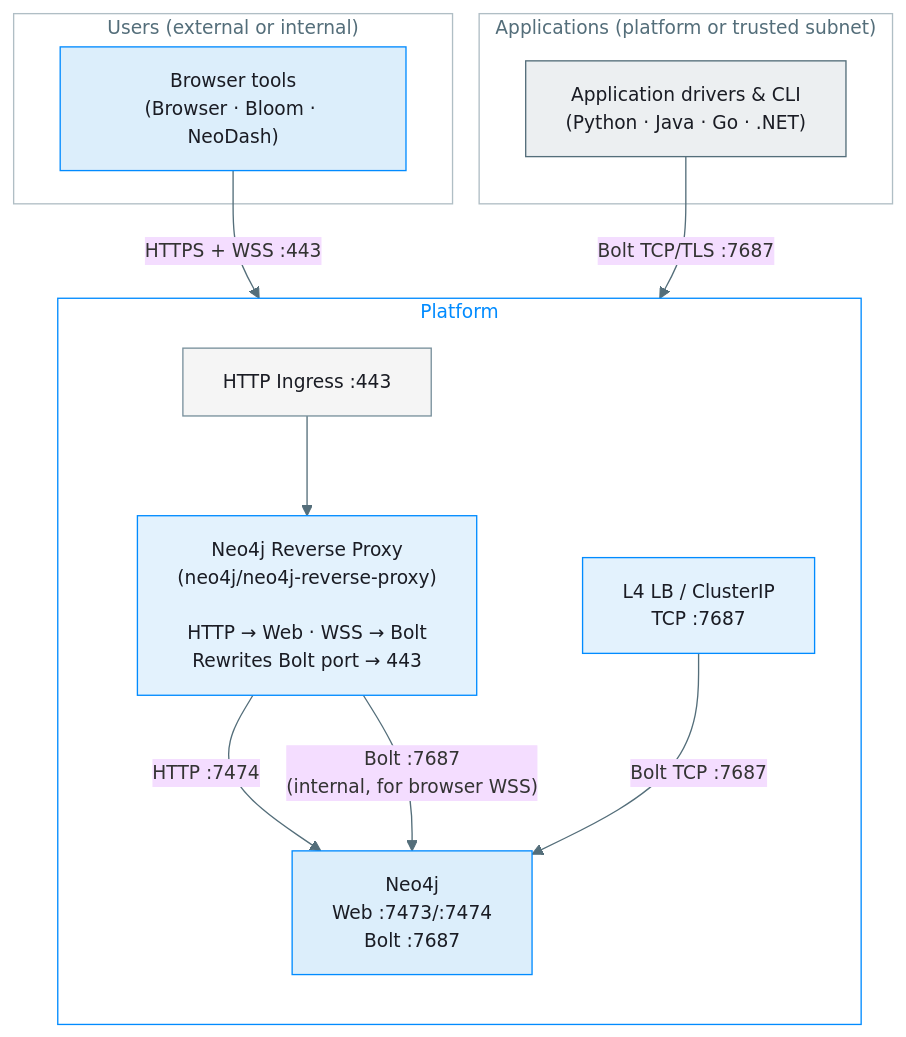
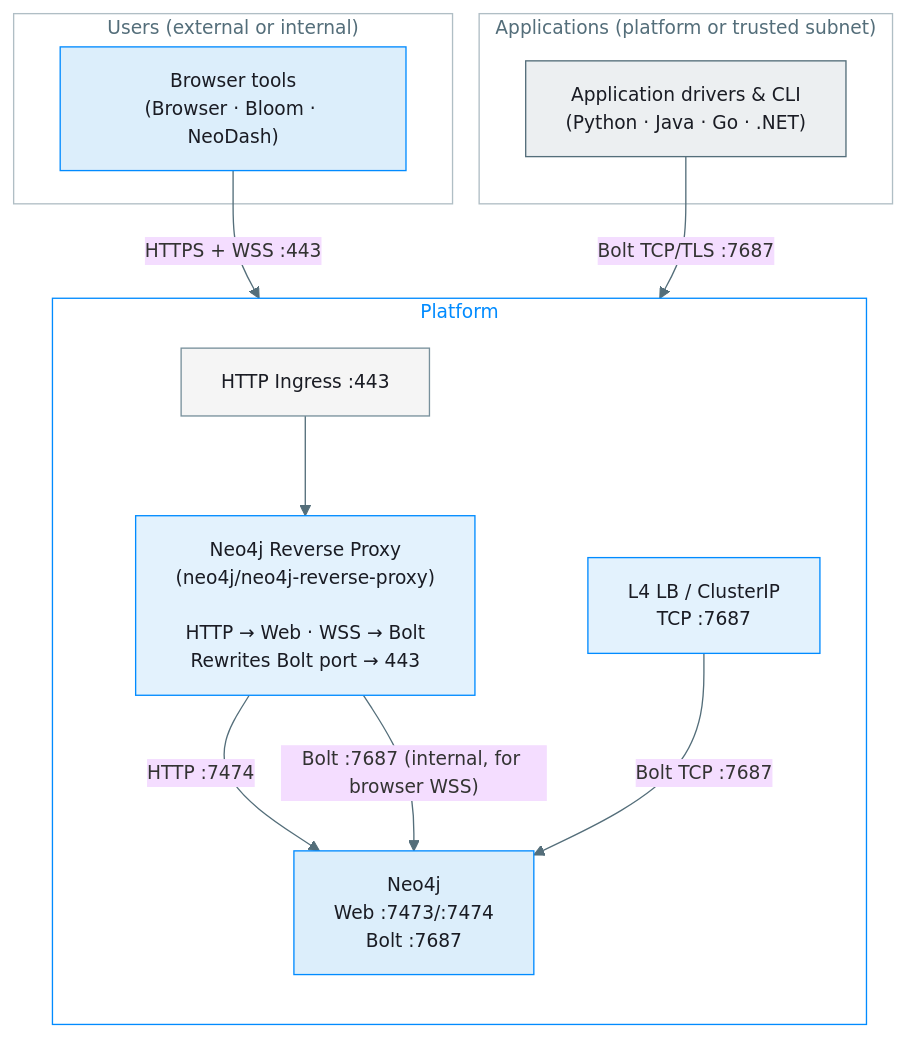
The second of 4 diagrams in neo4j-client-access-patterns.md (sebastien-paltrie-neo4j/neo4j-kubernetes), drawn with Mermaid before and after one commit. The commit also changed other lines of this file, not shown here.

Commit message:
CR fix on mermaid

````diff
--- a/neo4j-client-access-patterns.md
+++ b/neo4j-client-access-patterns.md
@@ -83,35 +83,35 @@
 ```mermaid
 %%{init: {'theme':'base', 'themeVariables': {'lineColor':'#546E7A','fontSize':'14px'}}}%%
 flowchart TB
     subgraph users ["Users (external or internal)"]
-        browser_user["Browser tools\n(Browser · Bloom · NeoDash)"]
+        browser_user["Browser tools<br/>(Browser · Bloom · NeoDash)"]
     end
 
     subgraph apps ["Applications (platform or trusted subnet)"]
-        backend["Application drivers & CLI\n(Python · Java · Go · .NET)"]
+        backend["Application drivers & CLI<br/>(Python · Java · Go · .NET)"]
     end
 
     subgraph k8s ["Platform"]
         direction TB
-        ing["HTTP Ingress :443"] --> rp["Neo4j Reverse Proxy\n(neo4j/neo4j-reverse-proxy)\n\nHTTP → Web · WSS → Bolt\nRewrites Bolt port → 443"]
-        lb_bolt["L4 LB / ClusterIP\nTCP :7687"]
-        neo["Neo4j\nWeb :7473/:7474\nBolt :7687"]
+        ing["HTTP Ingress :443"] --> rp["Neo4j Reverse Proxy<br/>(neo4j/neo4j-reverse-proxy)<br/><br/>HTTP → Web · WSS → Bolt<br/>Rewrites Bolt port → 443"]
+        lb_bolt["L4 LB / ClusterIP<br/>TCP :7687"]
+        neo["Neo4j<br/>Web :7473/:7474<br/>Bolt :7687"]
 
         rp -- "HTTP :7474" --> neo
-        rp -- "Bolt :7687\n(internal, for browser WSS)" --> neo
+        rp -- "Bolt :7687 (internal, for browser WSS)" --> neo
         lb_bolt -- "Bolt TCP :7687" --> neo
     end
 
     browser_user -- "HTTPS + WSS :443" --> ing
     backend -- "Bolt TCP/TLS :7687" --> lb_bolt
 
     style browser_user fill:#DCEEFB,stroke:#018BFF,color:#1A1C24
     style backend fill:#ECEFF1,stroke:#546E7A,color:#1A1C24
     style ing fill:#F5F5F5,stroke:#78909C,color:#1A1C24
     style rp fill:#E3F2FD,stroke:#018BFF,color:#1A1C24
     style lb_bolt fill:#E3F2FD,stroke:#018BFF,color:#1A1C24
     style neo fill:#DCEEFB,stroke:#018BFF,color:#1A1C24
     style users fill:none,stroke:#B0BEC5,color:#546E7A
     style apps fill:none,stroke:#B0BEC5,color:#546E7A
     style k8s fill:none,stroke:#018BFF,color:#018BFF
 ```
````
